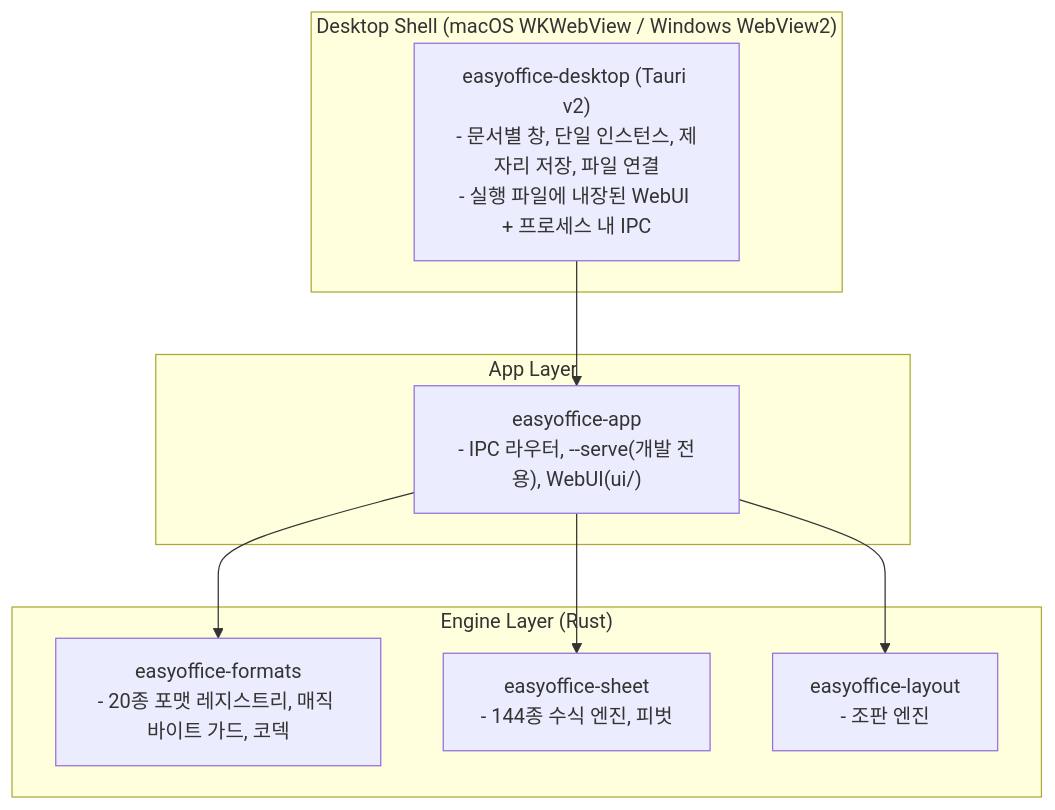
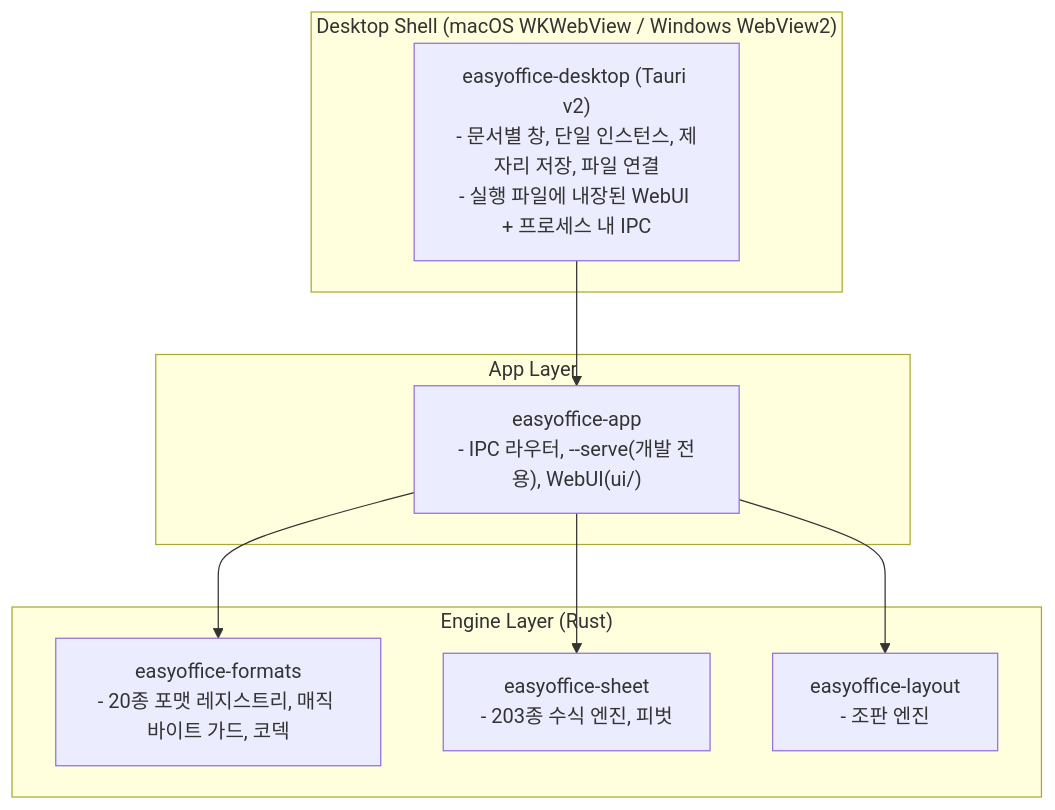
Before and after one commit to AquilaXk/easyoffice: the diagram in docs/architecture.md, drawn with Mermaid. The commit also changed other lines of this file and 33 other files, not shown here.

````diff
--- a/docs/architecture.md
+++ b/docs/architecture.md
@@ -9,18 +9,18 @@
 ```mermaid
 flowchart TD
     subgraph ShellLayer["Desktop Shell (macOS WKWebView / Windows WebView2)"]
         Desktop["easyoffice-desktop (Tauri v2)\n- 문서별 창, 단일 인스턴스, 제자리 저장, 파일 연결\n- 실행 파일에 내장된 WebUI + 프로세스 내 IPC"]
     end
     subgraph AppLayer["App Layer"]
         App["easyoffice-app\n- IPC 라우터, --serve(개발 전용), WebUI(ui/)"]
     end
     subgraph CoreLayer["Engine Layer (Rust)"]
         Formats["easyoffice-formats\n- 20종 포맷 레지스트리, 매직 바이트 가드, 코덱"]
-        Sheet["easyoffice-sheet\n- 144종 수식 엔진, 피벗"]
+        Sheet["easyoffice-sheet\n- 203종 수식 엔진, 피벗"]
         Layout["easyoffice-layout\n- 조판 엔진"]
     end
     Desktop --> App
     App --> Formats
     App --> Sheet
     App --> Layout
 ```
````
